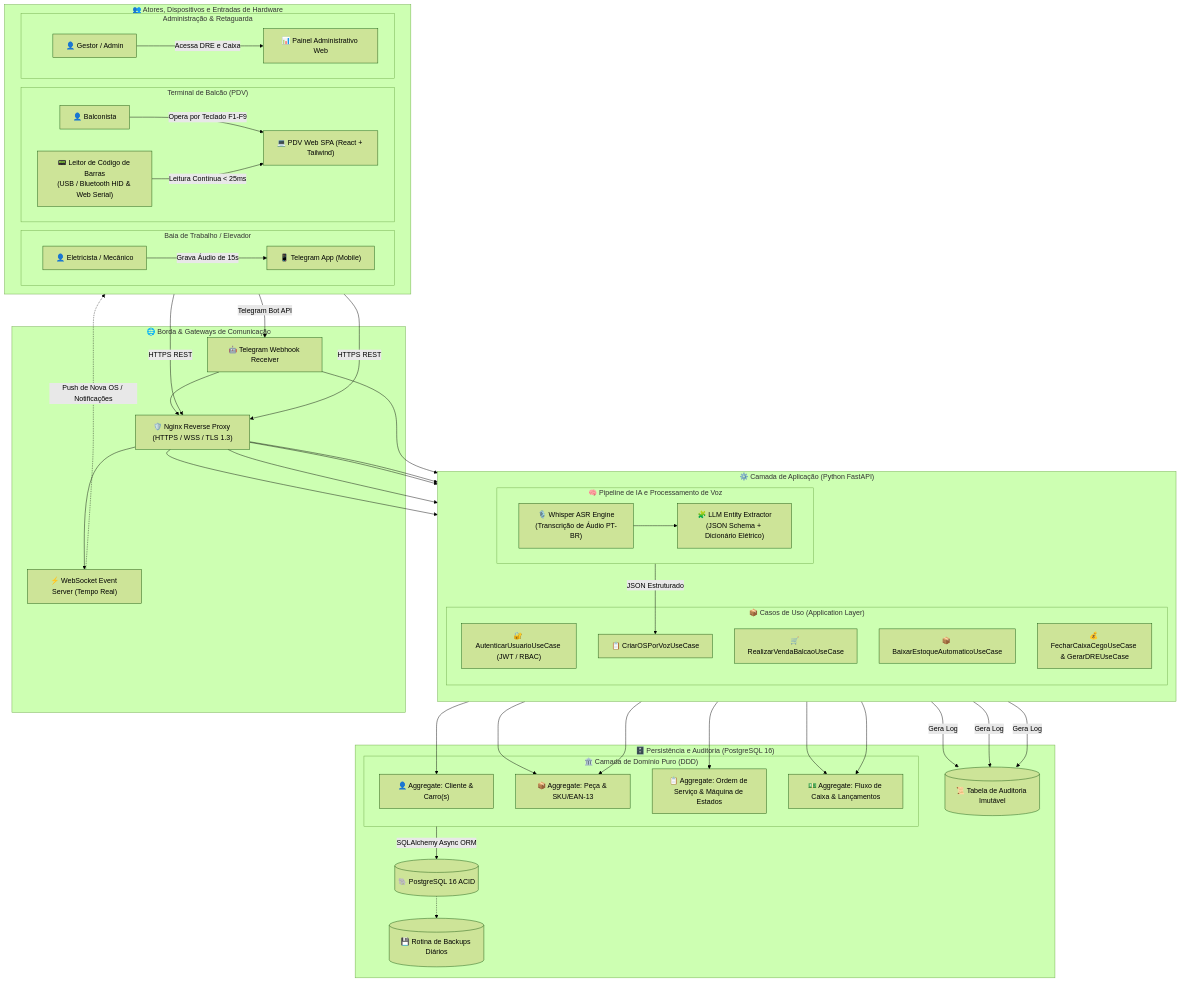
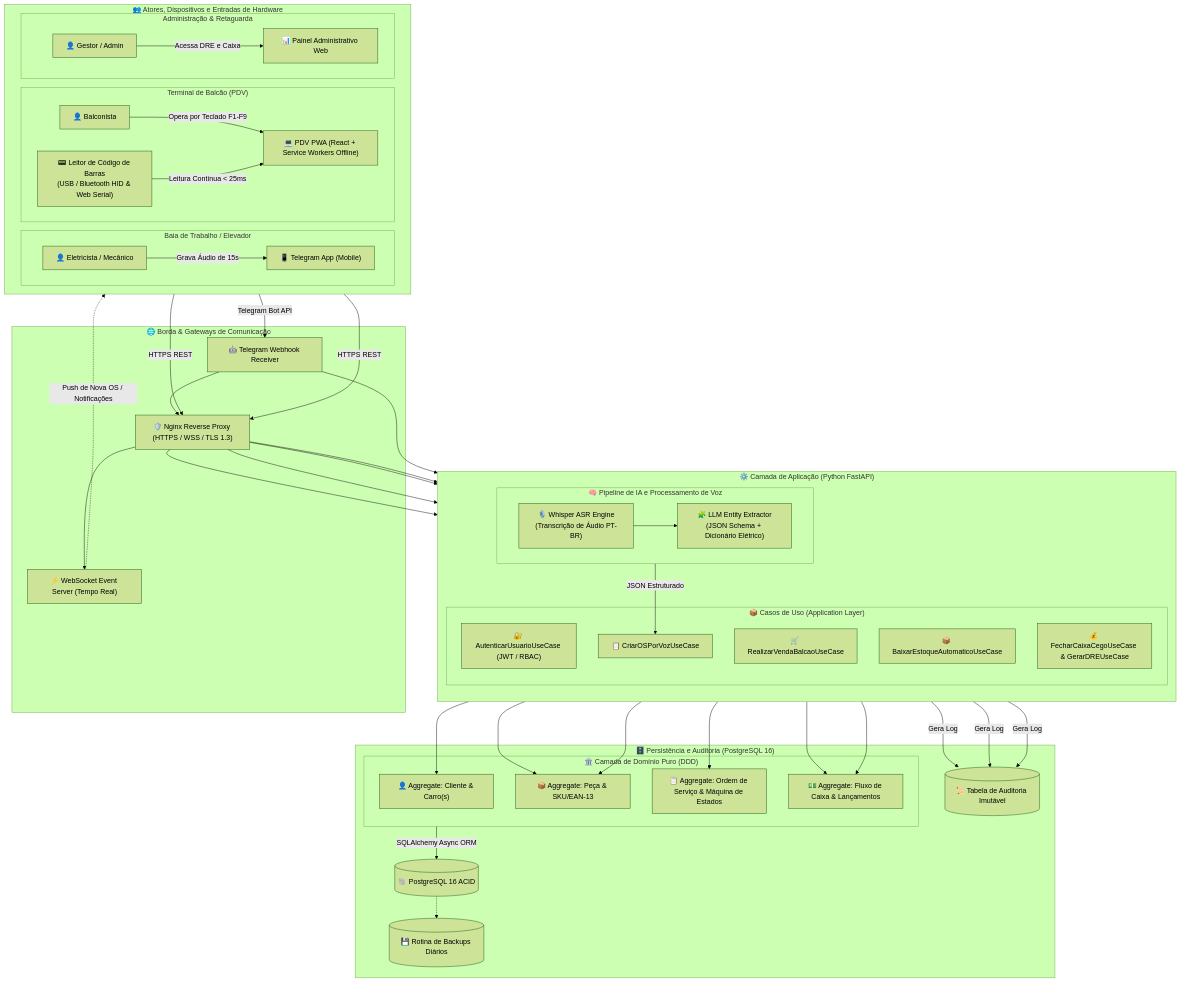
The first of 2 diagrams in docs/DIAGRAMAS_ARQUITETURA.md (Miguelfigrs/Projeto-Auto-Eletrica-Eletrocar), drawn with Mermaid (forest theme) before and after one commit. The commit also changed 4 other files, not shown here.

Commit message:
docs: formaliza arquitetura PWA instalavel e com suporte offline em toda a documentacao

```diff
--- a/docs/DIAGRAMAS_ARQUITETURA.md
+++ b/docs/DIAGRAMAS_ARQUITETURA.md
@@ -17,7 +17,7 @@
         subgraph Balcao ["Terminal de Balcão (PDV)"]
             Balconista["👤 Balconista"]
             Leitor["📟 Leitor de Código de Barras<br/>(USB / Bluetooth HID & Web Serial)"]
-            Balconista -->|Opera por Teclado F1-F9| TelaPDV["💻 PDV Web SPA (React + Tailwind)"]
+            Balconista -->|Opera por Teclado F1-F9| TelaPDV["💻 PDV PWA (React + Service Workers Offline)"]
             Leitor -->|Leitura Contínua < 25ms| TelaPDV
         end
 
```
